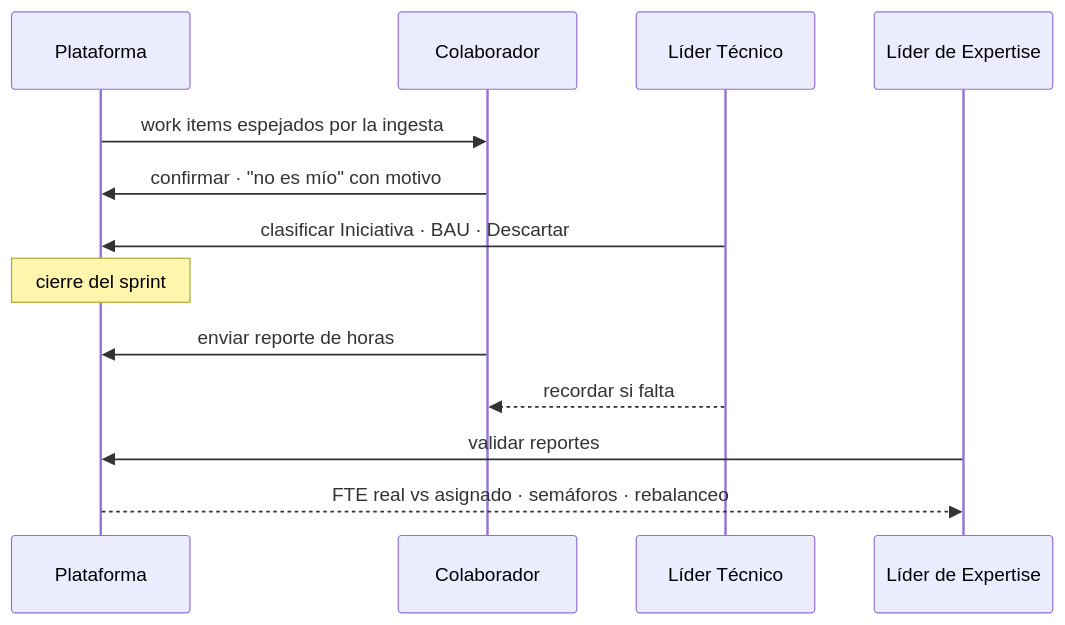
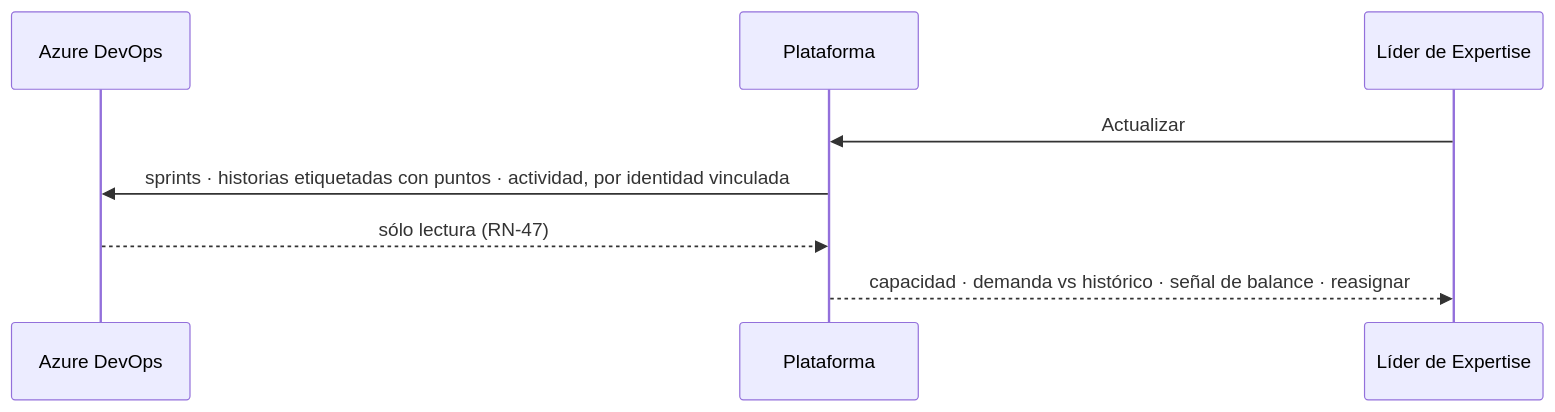
Diagram 16 of 17 in context/docs/Roles_y_Permisos_Plataforma.md (estibenlicona/anto), drawn with Mermaid before and after one commit. The commit also changed other lines of this file and 500 other files, not shown here.

````diff
--- a/context/docs/Roles_y_Permisos_Plataforma.md
+++ b/context/docs/Roles_y_Permisos_Plataforma.md
@@ -523,15 +495,10 @@
 ```mermaid
 sequenceDiagram
+    participant DO as Azure DevOps
     participant PL as Plataforma
-    participant CO as Colaborador
-    participant LT as Líder Técnico
     participant LE as Líder de Expertise
-    PL->>CO: work items espejados por la ingesta
-    CO->>PL: confirmar · "no es mío" con motivo
-    LT->>PL: clasificar Iniciativa · BAU · Descartar
-    Note over PL: cierre del sprint
-    CO->>PL: enviar reporte de horas
-    LT-->>CO: recordar si falta
-    LE->>PL: validar reportes
-    PL-->>LE: FTE real vs asignado · semáforos · rebalanceo
+    LE->>PL: Actualizar
+    PL->>DO: sprints · historias etiquetadas con puntos · actividad, por identidad vinculada
+    DO-->>PL: sólo lectura (RN-47)
+    PL-->>LE: capacidad · demanda vs histórico · señal de balance · reasignar
 ```
````
